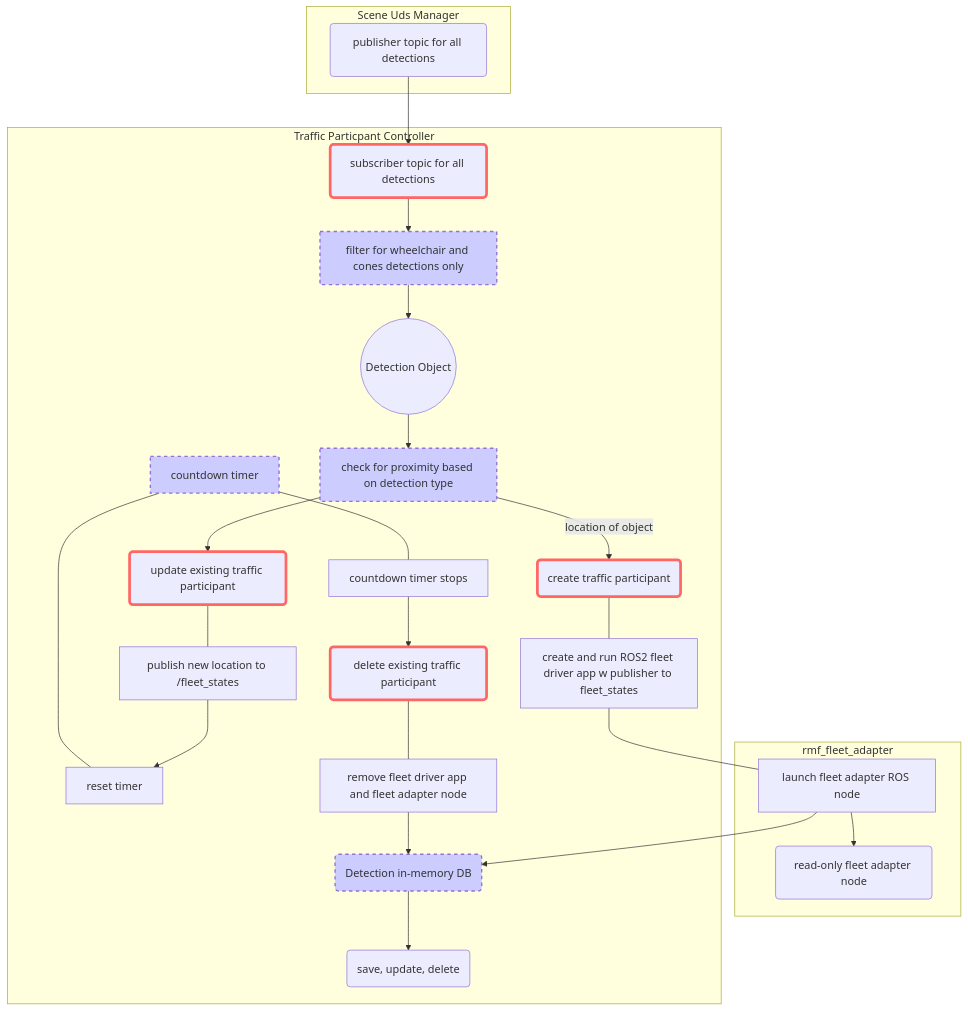
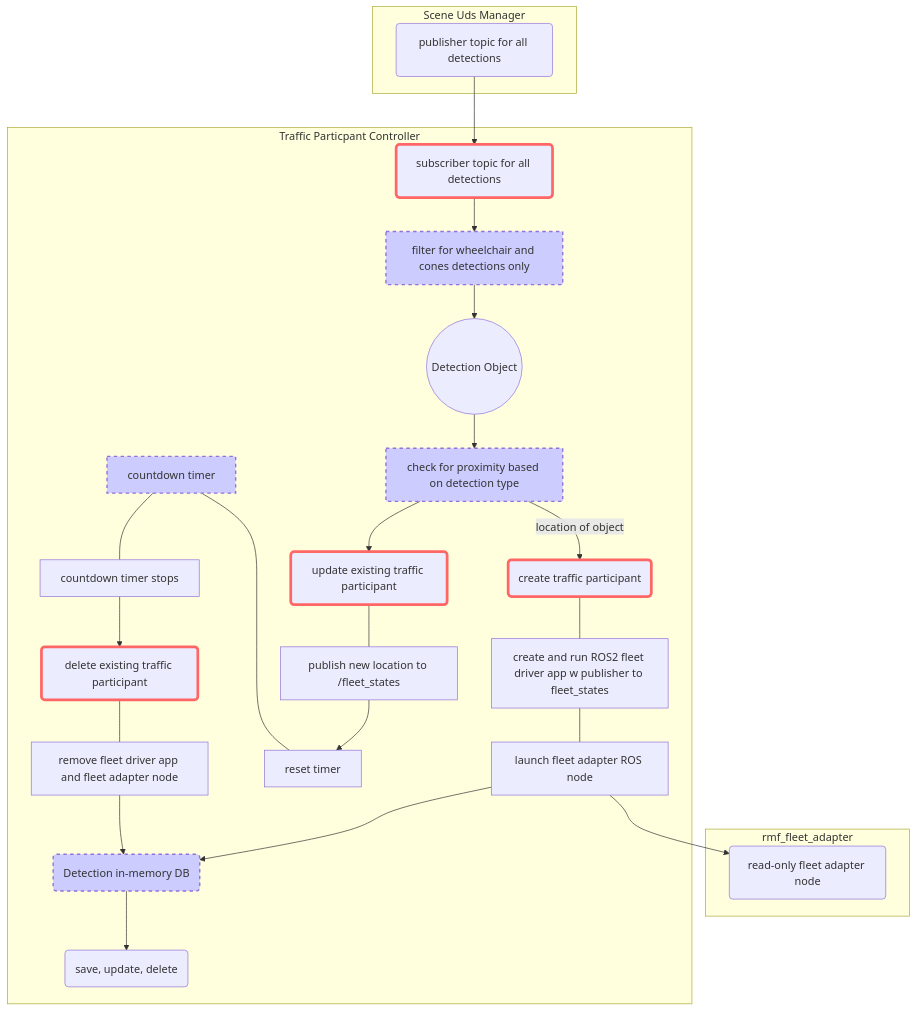
The diagram in README.md (mxgrey/su_traffic_participant), drawn with Mermaid before and after one commit. The commit also changed other lines of this file, not shown here.

````diff
--- a/README.md
+++ b/README.md
@@ -5,36 +5,36 @@
 ```mermaid
 graph TB
 
   Publisher --> Subscriber
   subgraph "Scene Uds Manager"
   Publisher(publisher topic for all detections)
   end
 
   subgraph "rmf_fleet_adapter"
   Node(read-only fleet adapter node)
-  C2 --> Node
   end
 
   subgraph "Traffic Particpant Controller"
   Subscriber(subscriber topic for all detections)
   Subscriber --> FindClass[filter for wheelchair and cones detections only] --> Detection((Detection Object))
   Detection --> Proximity[check for proximity based on detection type]
   Proximity -- location of object --> Create(create traffic participant)
   DB(Detection in-memory DB) --> DBops(save, update, delete)
   Create --- C1[create and run ROS2 fleet driver app w publisher to fleet_states] --- C2[launch fleet adapter ROS node] --> DB
+  C2 --> Node
   Proximity --> Update(update existing traffic participant) 
   Update --- U1[publish new location to /fleet_states] --> TimerReset
   CountdownTimer[countdown timer] --- TimerReset[reset timer]
   CountdownTimer --- TimerStop[countdown timer stops] --> Delete(delete existing traffic participant)
   Delete --- D1[remove fleet driver app and fleet adapter node] --> DB
   style Subscriber stroke:#f66,stroke-width:4px
   style Create stroke:#f66,stroke-width:4px
   style Update stroke:#f66,stroke-width:4px
   style Delete stroke:#f66,stroke-width:4px
   style FindClass fill:#ccf,stroke-width:2px,stroke-dasharray: 5, 5
   style Proximity fill:#ccf,stroke-width:2px,stroke-dasharray: 5, 5
   style CountdownTimer fill:#ccf,stroke-width:2px,stroke-dasharray: 5, 5
   style DB fill:#ccf,stroke-width:2px,stroke-dasharray: 5, 5
 
 end
 ```
````
